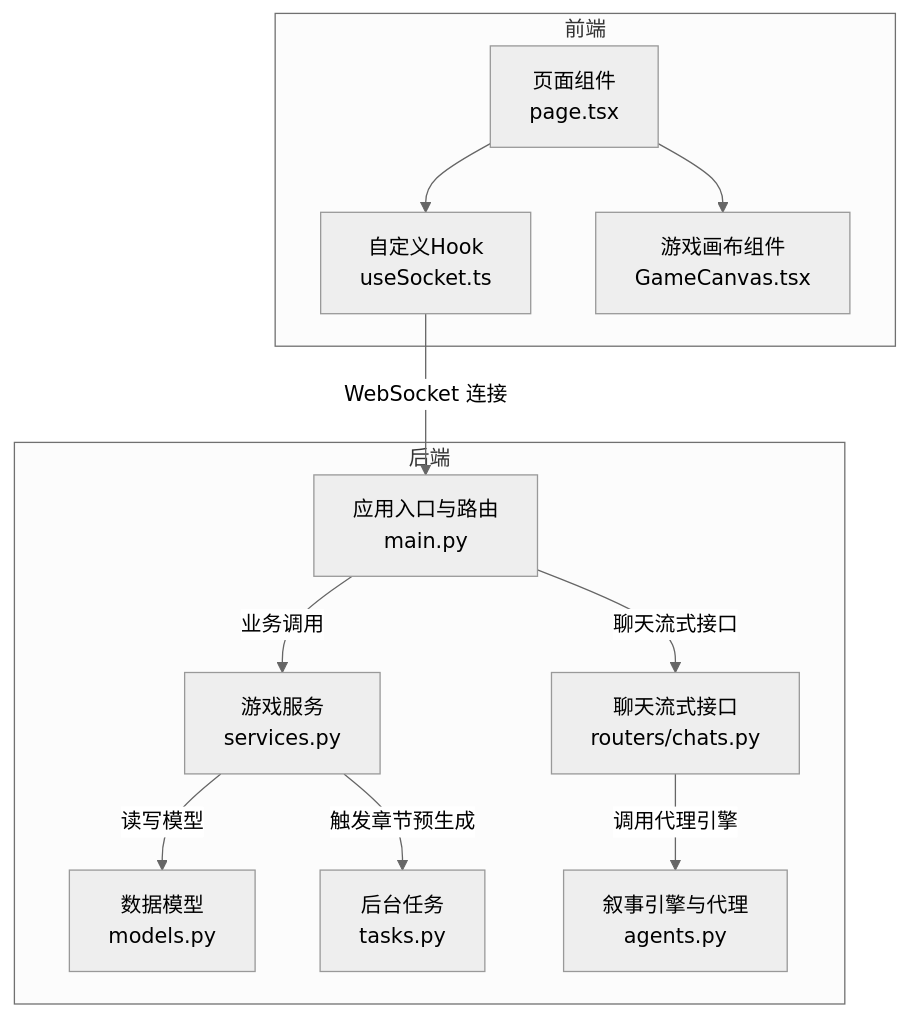
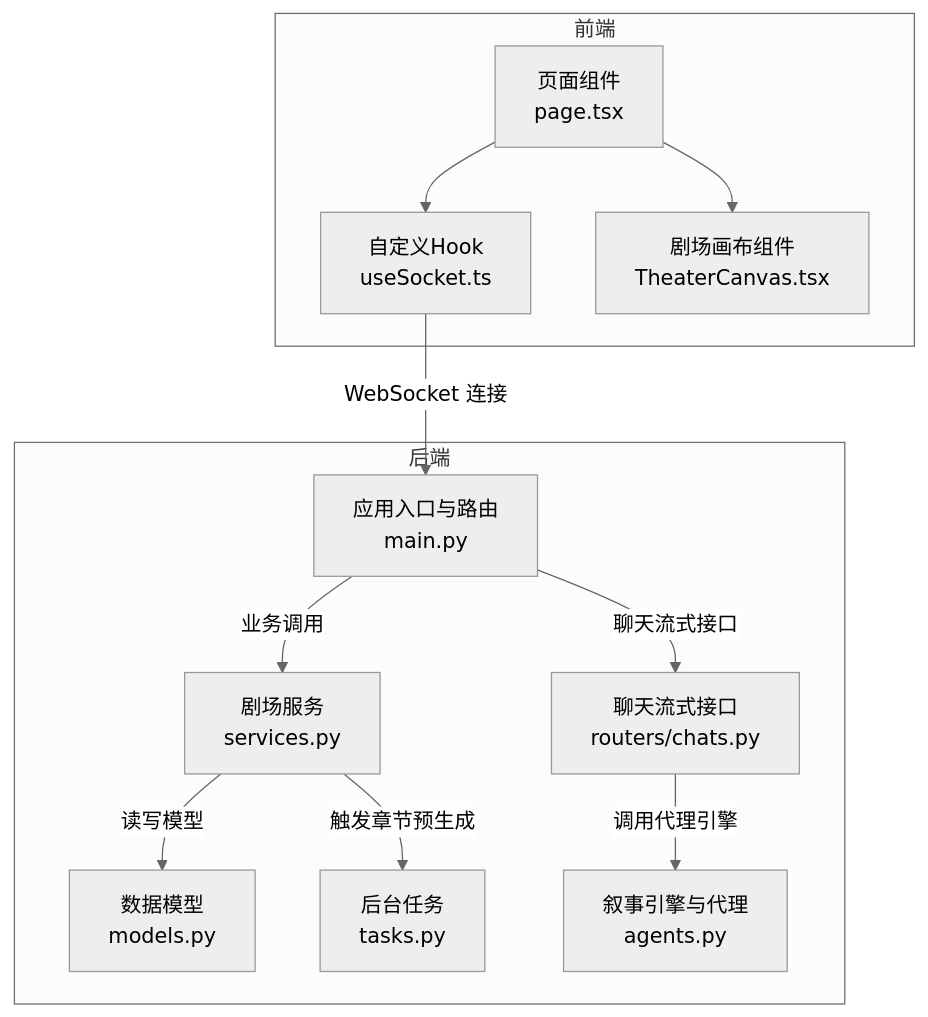
The first of 9 diagrams in .qoder/repowiki/zh/content/前端开发指南/WebSocket 实时通信.md (KunLabAI/KunFlix), drawn with Mermaid (neutral theme) before and after one commit. The commit also changed other lines of this file and 112 other files, not shown here.

````diff
--- a/.qoder/repowiki/zh/content/前端开发指南/WebSocket 实时通信.md
+++ b/.qoder/repowiki/zh/content/前端开发指南/WebSocket 实时通信.md
@@ -34,24 +34,24 @@
 ```mermaid
 graph TB
 subgraph "前端"
 FE_Page["页面组件<br/>page.tsx"]
 FE_Hook["自定义Hook<br/>useSocket.ts"]
-FE_Canvas["游戏画布组件<br/>GameCanvas.tsx"]
+FE_Canvas["剧场画布组件<br/>TheaterCanvas.tsx"]
 end
 subgraph "后端"
 BE_Main["应用入口与路由<br/>main.py"]
-BE_Svc["游戏服务<br/>services.py"]
+BE_Svc["剧场服务<br/>services.py"]
 BE_Models["数据模型<br/>models.py"]
 BE_RouterChats["聊天流式接口<br/>routers/chats.py"]
 BE_Agents["叙事引擎与代理<br/>agents.py"]
 BE_Tasks["后台任务<br/>tasks.py"]
 end
 FE_Page --> FE_Hook
 FE_Page --> FE_Canvas
 FE_Hook --> |"WebSocket 连接"| BE_Main
 BE_Main --> |"业务调用"| BE_Svc
 BE_Svc --> |"读写模型"| BE_Models
 BE_Main --> |"聊天流式接口"| BE_RouterChats
 BE_RouterChats --> |"调用代理引擎"| BE_Agents
 BE_Svc --> |"触发章节预生成"| BE_Tasks
 ```
````
